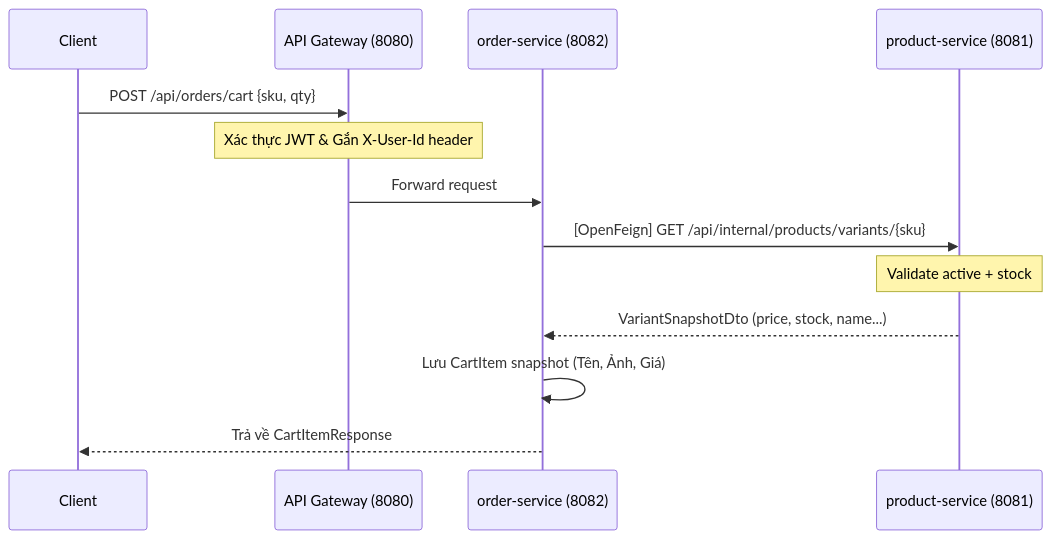
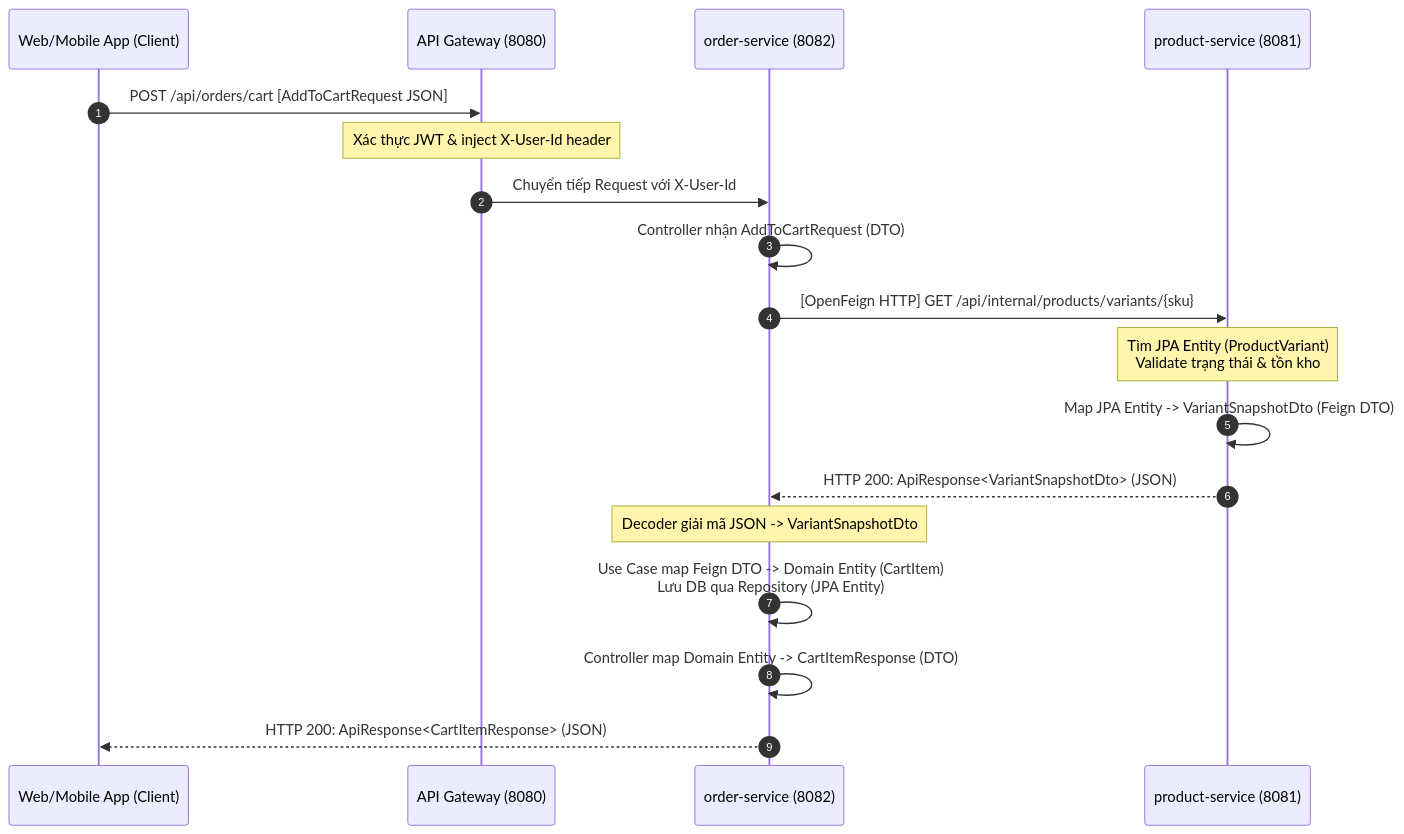
The first of 2 diagrams in cart_crud_demo_guide.md (bluebearccc/cartzilla), drawn with Mermaid before and after one commit. The commit also changed other lines of this file and 1 other file, not shown here.

Commit message:
Add presentation slides for service-to-service communication between order-service and product-service using OpenFeign

````diff
--- a/cart_crud_demo_guide.md
+++ b/cart_crud_demo_guide.md
@@ -9,16 +13,23 @@
 ```mermaid
 sequenceDiagram
-    participant Client
+    autonumber
+    participant Client as Web/Mobile App (Client)
     participant Gateway as API Gateway (8080)
     participant Order as order-service (8082)
     participant Product as product-service (8081)
 
-    Client->>Gateway: POST /api/orders/cart {sku, qty}
-    Note over Gateway: Xác thực JWT & Gắn X-User-Id header
-    Gateway->>Order: Forward request
-    Order->>Product: [OpenFeign] GET /api/internal/products/variants/{sku}
-    Note over Product: Validate active + stock
-    Product-->>Order: VariantSnapshotDto (price, stock, name...)
-    Order->>Order: Lưu CartItem snapshot (Tên, Ảnh, Giá)
-    Order-->>Client: Trả về CartItemResponse
+    Client->>Gateway: POST /api/orders/cart [AddToCartRequest JSON]
+    Note over Gateway: Xác thực JWT & inject X-User-Id header
+    Gateway->>Order: Chuyển tiếp Request với X-User-Id
+    Order->>Order: Controller nhận AddToCartRequest (DTO)
+    
+    Order->>Product: [OpenFeign HTTP] GET /api/internal/products/variants/{sku}
+    Note over Product: Tìm JPA Entity (ProductVariant)<br/>Validate trạng thái & tồn kho
+    Product->>Product: Map JPA Entity -> VariantSnapshotDto (Feign DTO)
+    Product-->>Order: HTTP 200: ApiResponse<VariantSnapshotDto> (JSON)
+    
+    Note over Order: Decoder giải mã JSON -> VariantSnapshotDto
+    Order->>Order: Use Case map Feign DTO -> Domain Entity (CartItem)<br/>Lưu DB qua Repository (JPA Entity)
+    Order->>Order: Controller map Domain Entity -> CartItemResponse (DTO)
+    Order-->>Client: HTTP 200: ApiResponse<CartItemResponse> (JSON)
 ```
````
